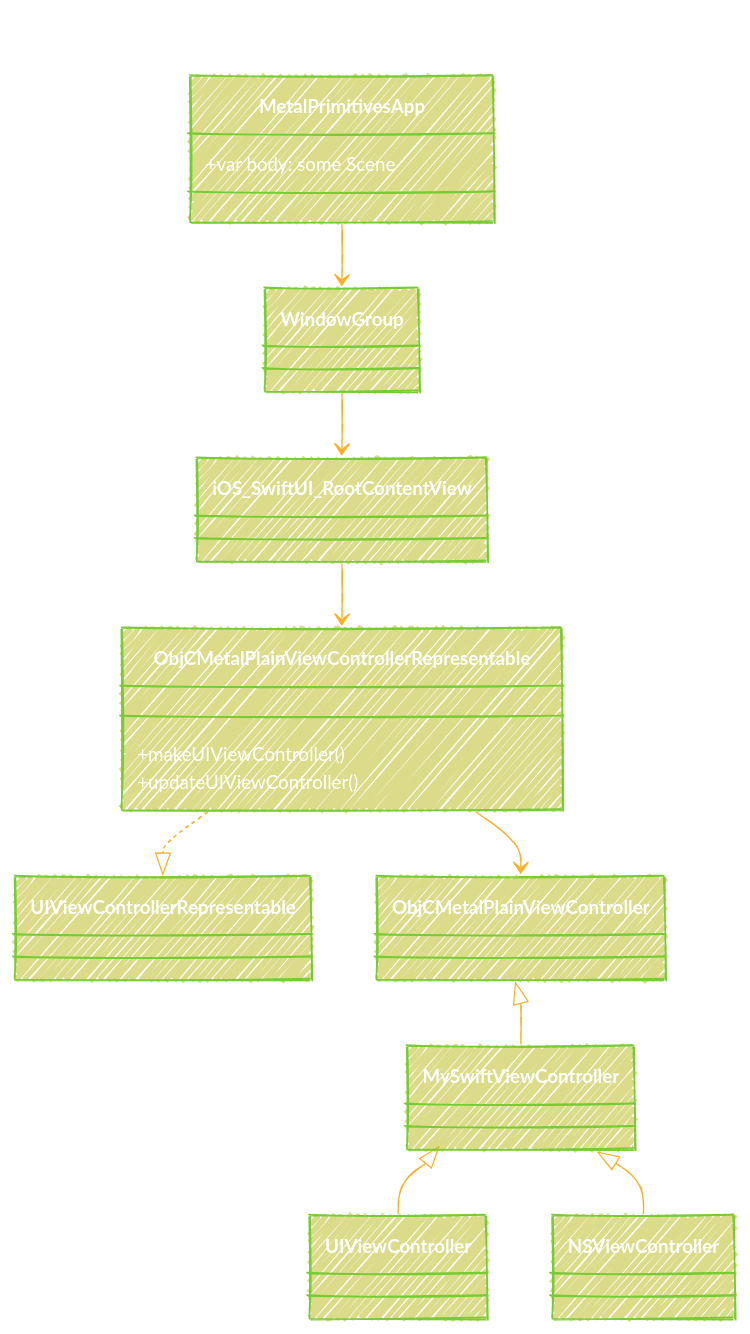
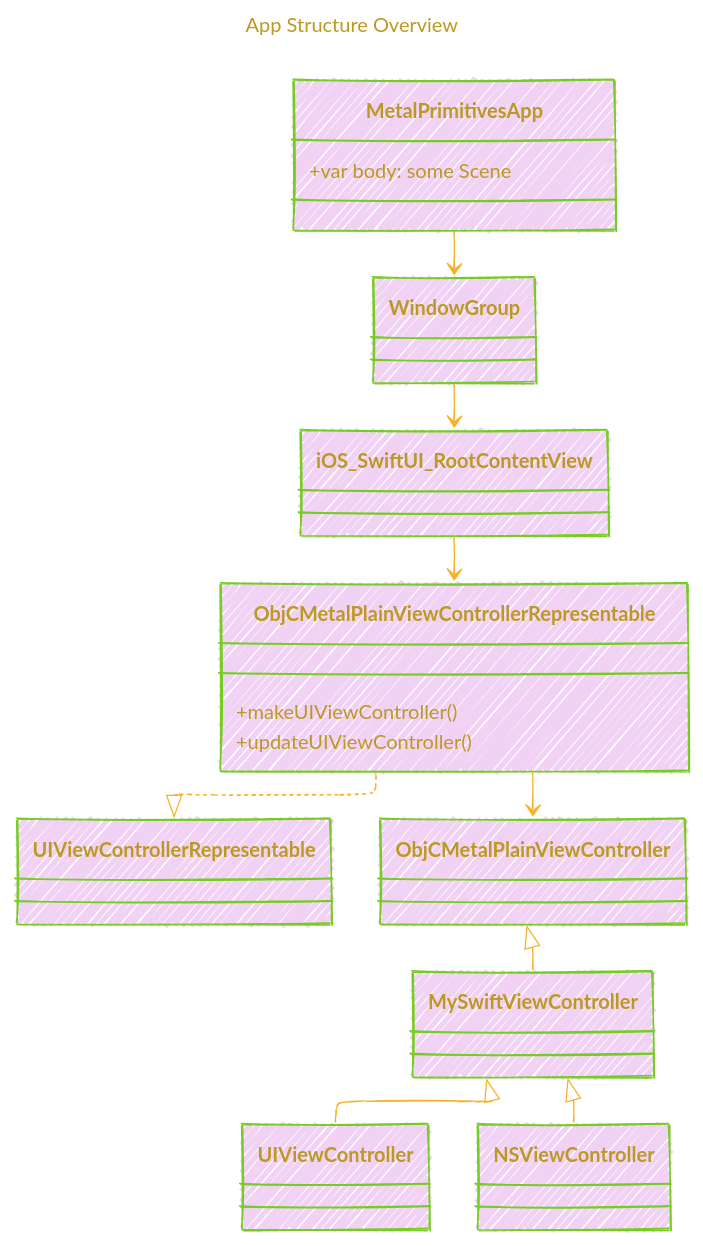
One commit to CongLeSolutionX/Metal-Primitives changed the second of 4 diagrams in README.md. Above: the diagram before and after it, drawn with Mermaid. The commit also changed other lines of this file, not shown here.

````diff
--- a/README.md
+++ b/README.md
@@ -152,53 +152,50 @@
 ```mermaid
 ---
 title: "App Structure Overview"
-author: "Cong Le"
-version: "1.0"
-license(s): "MIT, CC BY 4.0"
-copyright: "Copyright (c) 2025 Cong Le. All Rights Reserved."
 config:
+  layout: elk
   look: handDrawn
   theme: base
 ---
 %%%%%%%% Mermaid version v11.4.1-b.14
+%%%%%%%% Available curve styles include the following keywords:
+%% basis, bumpX, bumpY, cardinal, catmullRom, linear, monotoneX, monotoneY, natural, step, stepAfter, stepBefore.
 %%{
   init: {
-    'classDiagram': { 'htmlLabels': false},
-    'fontFamily': 'Monaco',
+    "classDiagram": { "htmlLabels": false },
+    'fontFamily': 'Fantasy',
     'themeVariables': {
-      'primaryColor': '#BB28',
-      'primaryTextColor': '#FFF',
-      'lineColor': '#F8B229',
-      'primaryBorderColor': '#7C3',
-      'secondaryColor': '#DD15',
-      'fontSize': '15px'
+      'primaryColor': '#B2C3',
+      'primaryTextColor': '#B92',
+      'primaryBorderColor': '#7c2',
+      'lineColor': '#F8B229'
     }
   }
 }%%
 classDiagram
     %% Main App Entry Point
     class MetalPrimitivesApp {
         +var body: some Scene
     }
     MetalPrimitivesApp --> WindowGroup
 
     %% SwiftUI Views
     WindowGroup --> iOS_SwiftUI_RootContentView
     iOS_SwiftUI_RootContentView --> ObjCMetalPlainViewControllerRepresentable
 
     %% UIViewControllerRepresentable Wrapper
     class ObjCMetalPlainViewControllerRepresentable {
         +makeUIViewController()
         +updateUIViewController()
     }
     ObjCMetalPlainViewControllerRepresentable ..|> UIViewControllerRepresentable
 
     %% UIKit View Controllers
     ObjCMetalPlainViewControllerRepresentable --> ObjCMetalPlainViewController
 
     %% Typealiases and Base Classes
     class MySwiftViewController
     MySwiftViewController <|-- UIViewController
     MySwiftViewController <|-- NSViewController
     ObjCMetalPlainViewController <|-- MySwiftViewController
 ```
````
